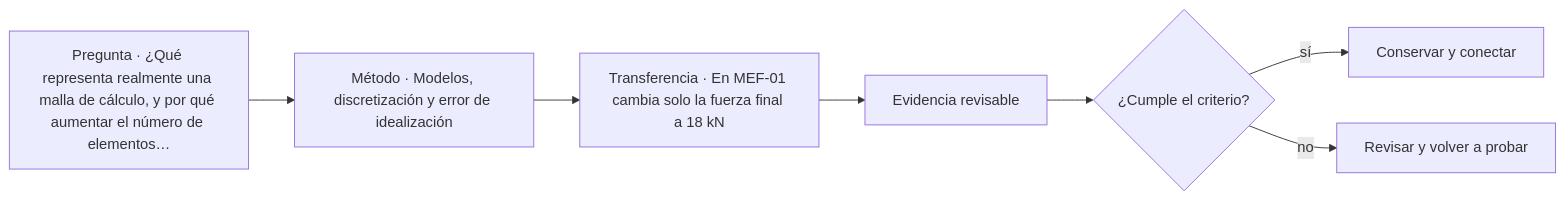
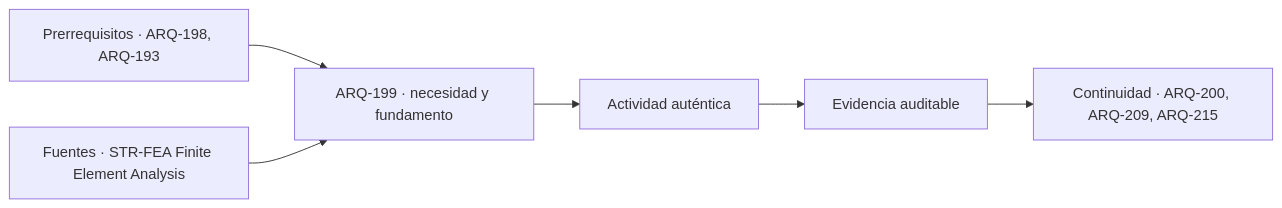
One commit to vladimiracunadev-create/architecture-built-environment-learning-program changed the diagram in classes/parte-20/ARQ-199.md. Above: the diagram before and after it, drawn with Mermaid. The commit also changed other lines of this file and 761 other files, not shown here.

````diff
--- a/classes/parte-20/ARQ-199.md
+++ b/classes/parte-20/ARQ-199.md
@@ -132,9 +144,8 @@
 ```mermaid
 flowchart LR
-    Q["Pregunta · ¿Qué representa realmente una malla de cálculo, y por qué aumentar el número de elementos…"] --> M["Método · Modelos, discretización y error de idealización"]
-    M --> P["Transferencia · En MEF-01 cambia solo la fuerza final a 18 kN"]
-    P --> E["Evidencia revisable"]
-    E --> C{"¿Cumple el criterio?"}
-    C -->|sí| T["Conservar y conectar"]
-    C -->|no| R["Revisar y volver a probar"]
+    A["Prerrequisitos · ARQ-198, ARQ-193"] --> B["ARQ-199 · necesidad y fundamento"]
+    S["Fuentes · STR-FEA Finite Element Analysis"] --> B
+    B --> C["Actividad auténtica"]
+    C --> D["Evidencia auditable"]
+    D --> E["Continuidad · ARQ-200, ARQ-209, ARQ-215"]
 ```
````
